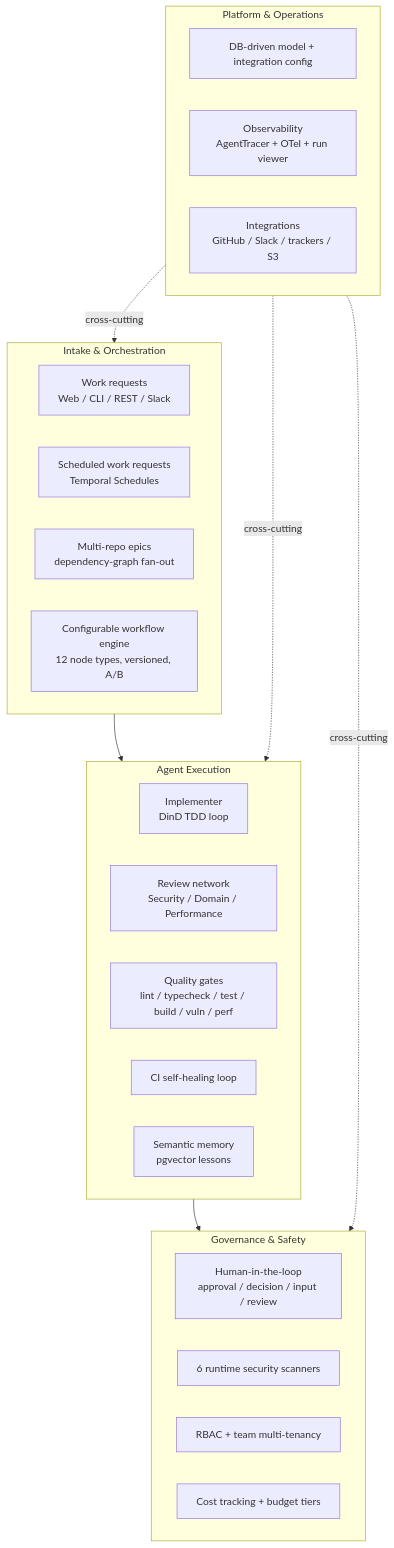
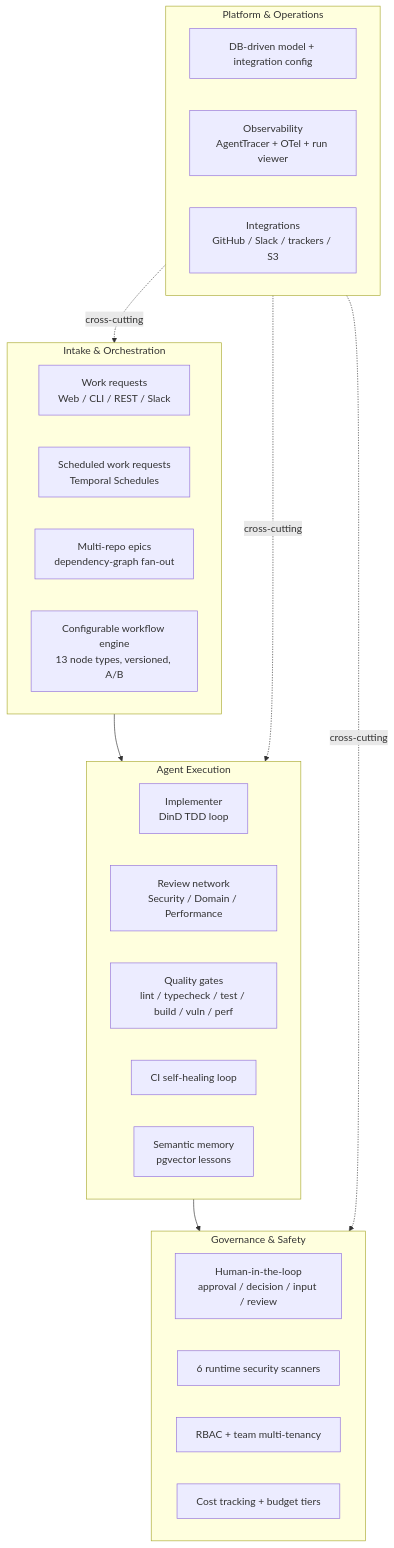
Before and after one commit to yorch/auto-swe: the first of 2 diagrams in docs/product-overview.md, drawn with Mermaid. The commit also changed other lines of this file and 6 other files, not shown here.

````diff
--- a/docs/product-overview.md
+++ b/docs/product-overview.md
@@ -45,35 +45,35 @@
 ```mermaid
 flowchart TB
     subgraph Intake["Intake & Orchestration"]
         WR[Work requests\nWeb / CLI / REST / Slack]
         SCHED[Scheduled work requests\nTemporal Schedules]
         EPIC[Multi-repo epics\ndependency-graph fan-out]
-        WF[Configurable workflow engine\n12 node types, versioned, A/B]
+        WF[Configurable workflow engine\n13 node types, versioned, A/B]
     end
 
     subgraph Agents["Agent Execution"]
         IMPL[Implementer\nDinD TDD loop]
         REVNET[Review network\nSecurity / Domain / Performance]
         GATES[Quality gates\nlint / typecheck / test / build / vuln / perf]
         CIHEAL[CI self-healing loop]
         MEM[Semantic memory\npgvector lessons]
     end
 
     subgraph Governance["Governance & Safety"]
         HITL[Human-in-the-loop\napproval / decision / input / review]
         SCAN[6 runtime security scanners]
         RBAC[RBAC + team multi-tenancy]
         COST[Cost tracking + budget tiers]
     end
 
     subgraph Platform["Platform & Operations"]
         CONFIG[DB-driven model + integration config]
         OBS[Observability\nAgentTracer + OTel + run viewer]
         INTEG[Integrations\nGitHub / Slack / trackers / S3]
     end
 
     Intake --> Agents --> Governance
     Platform -.cross-cutting.-> Intake
     Platform -.cross-cutting.-> Agents
     Platform -.cross-cutting.-> Governance
 ```
````
